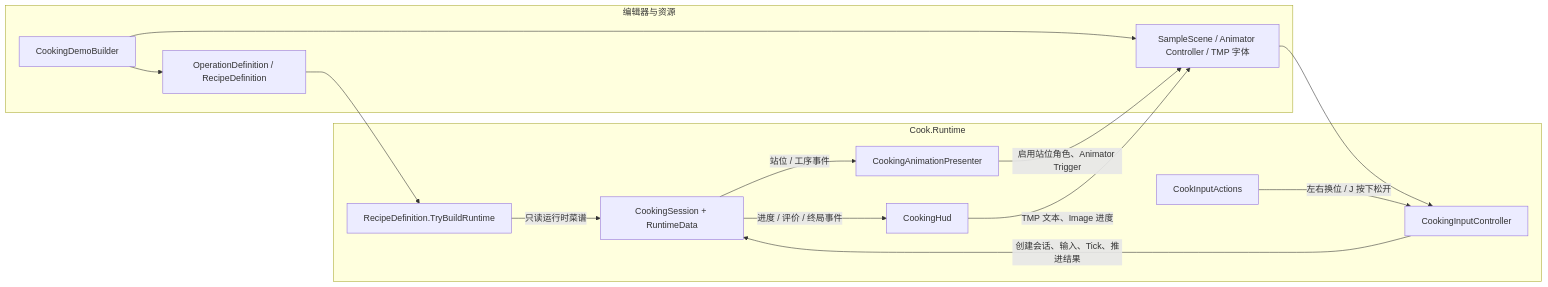
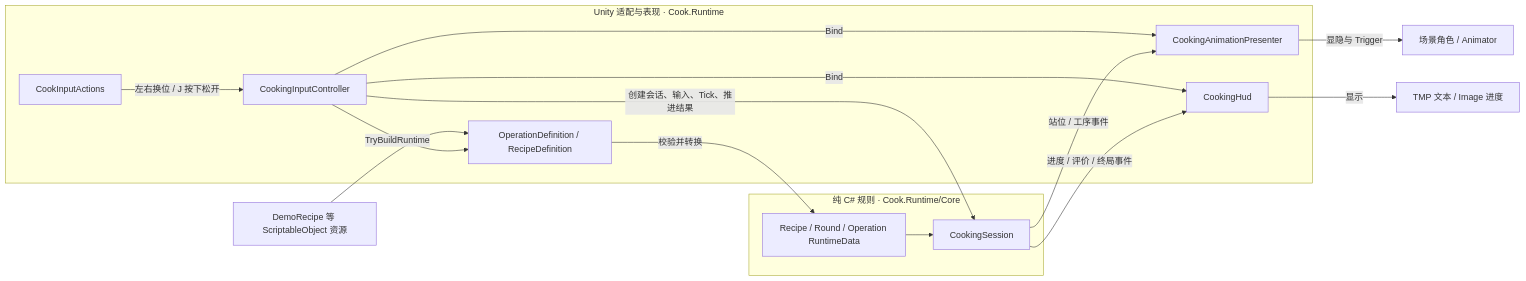
One commit to yellowlix/Cook changed the second of 4 diagrams in docs/架构图.md. Above: the diagram before and after it, drawn with Mermaid. The commit also changed other lines of this file, not shown here.

Commit message:
docs: separate editor tooling from runtime architecture

````diff
--- a/docs/架构图.md
+++ b/docs/架构图.md
@@ -61,29 +61,28 @@
 ```mermaid
 flowchart LR
-    subgraph Editor[编辑器与资源]
-        BUILDER[CookingDemoBuilder]
-        ASSETS[OperationDefinition / RecipeDefinition]
-        SCENE[SampleScene / Animator Controller / TMP 字体]
-        BUILDER --> ASSETS
-        BUILDER --> SCENE
-    end
-
-    subgraph Runtime[Cook.Runtime]
+    subgraph Unity[Unity 适配与表现 · Cook.Runtime]
         INPUT[CookInputActions]
         ADAPTER[CookingInputController]
-        CONFIG[RecipeDefinition.TryBuildRuntime]
-        CORE[CookingSession + RuntimeData]
+        CONFIG[OperationDefinition / RecipeDefinition]
         ANIM[CookingAnimationPresenter]
         HUD[CookingHud]
     end
 
-    ASSETS --> CONFIG
-    SCENE --> ADAPTER
+    subgraph Core[纯 C# 规则 · Cook.Runtime/Core]
+        DATA[Recipe / Round / Operation RuntimeData]
+        SESSION[CookingSession]
+    end
+
+    RECIPE[DemoRecipe 等 ScriptableObject 资源] --> CONFIG
     INPUT -->|左右换位 / J 按下松开| ADAPTER
-    ADAPTER -->|创建会话、输入、Tick、推进结果| CORE
-    CONFIG -->|只读运行时菜谱| CORE
-    CORE -->|站位 / 工序事件| ANIM
-    CORE -->|进度 / 评价 / 终局事件| HUD
-    ANIM -->|启用站位角色、Animator Trigger| SCENE
-    HUD -->|TMP 文本、Image 进度| SCENE
+    ADAPTER -->|TryBuildRuntime| CONFIG
+    CONFIG -->|校验并转换| DATA
+    DATA --> SESSION
+    ADAPTER -->|创建会话、输入、Tick、推进结果| SESSION
+    ADAPTER -->|Bind| ANIM
+    ADAPTER -->|Bind| HUD
+    SESSION -->|站位 / 工序事件| ANIM
+    SESSION -->|进度 / 评价 / 终局事件| HUD
+    ANIM -->|显隐与 Trigger| OBJECTS[场景角色 / Animator]
+    HUD -->|显示| UI[TMP 文本 / Image 进度]
 ```
````
